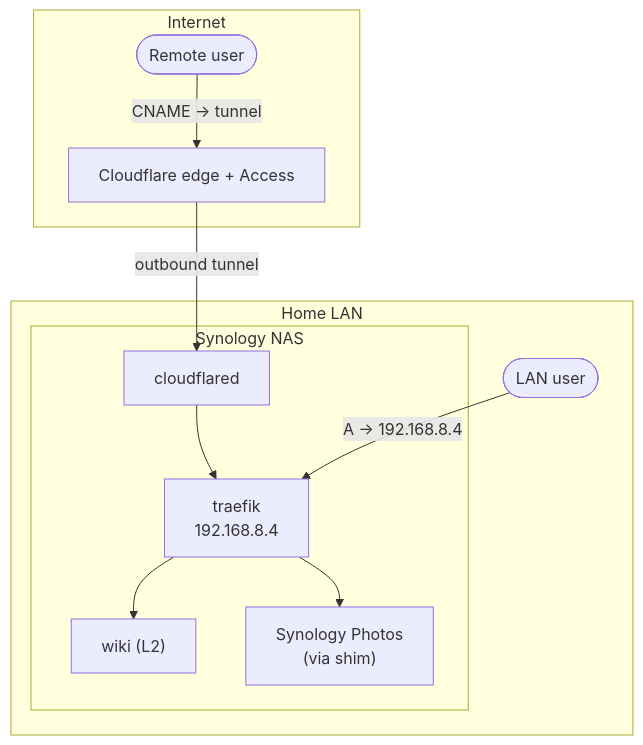
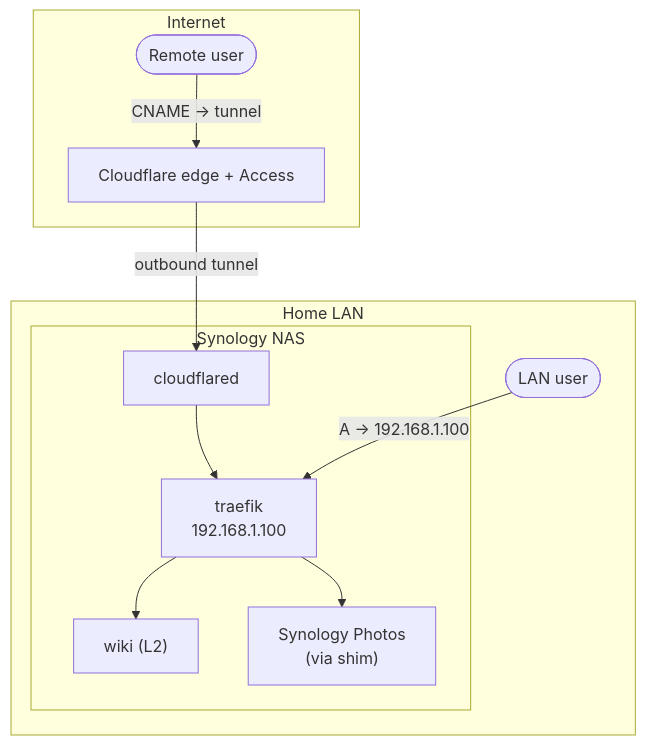
The seventh of 8 diagrams in docs/wiki/03-networking.md (kevinteg/SyrvisCore), drawn with Mermaid before and after one commit. The commit also changed other lines of this file and 16 other files, not shown here.

````diff
--- a/docs/wiki/03-networking.md
+++ b/docs/wiki/03-networking.md
@@ -174,23 +174,23 @@
 ```mermaid
 flowchart TB
     subgraph internet["Internet"]
         remote(["Remote user"])
         cfedge["Cloudflare edge + Access"]
     end
     subgraph lan["Home LAN"]
         localuser(["LAN user"])
         subgraph nasbox["Synology NAS"]
             cd["cloudflared"]
-            traefik["traefik<br/>192.168.8.4"]
+            traefik["traefik<br/>192.168.1.100"]
             wiki["wiki (L2)"]
             photos["Synology Photos<br/>(via shim)"]
         end
     end
 
     remote -->|"CNAME → tunnel"| cfedge
     cfedge -->|"outbound tunnel"| cd
     cd --> traefik
-    localuser -->|"A → 192.168.8.4"| traefik
+    localuser -->|"A → 192.168.1.100"| traefik
     traefik --> wiki
     traefik --> photos
 ```
````
